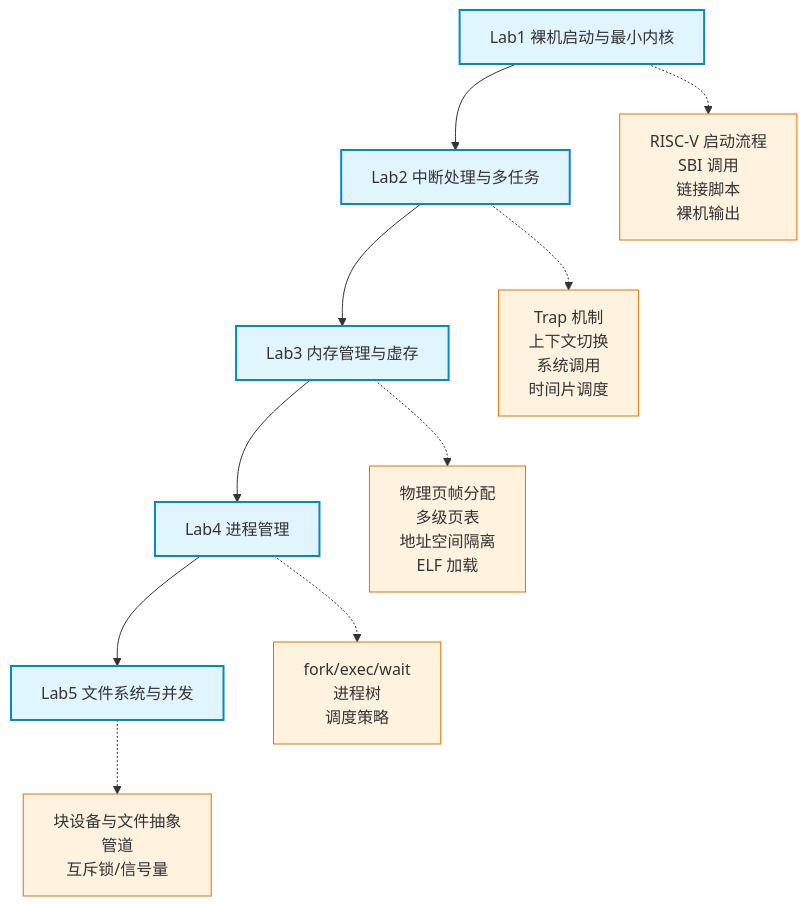
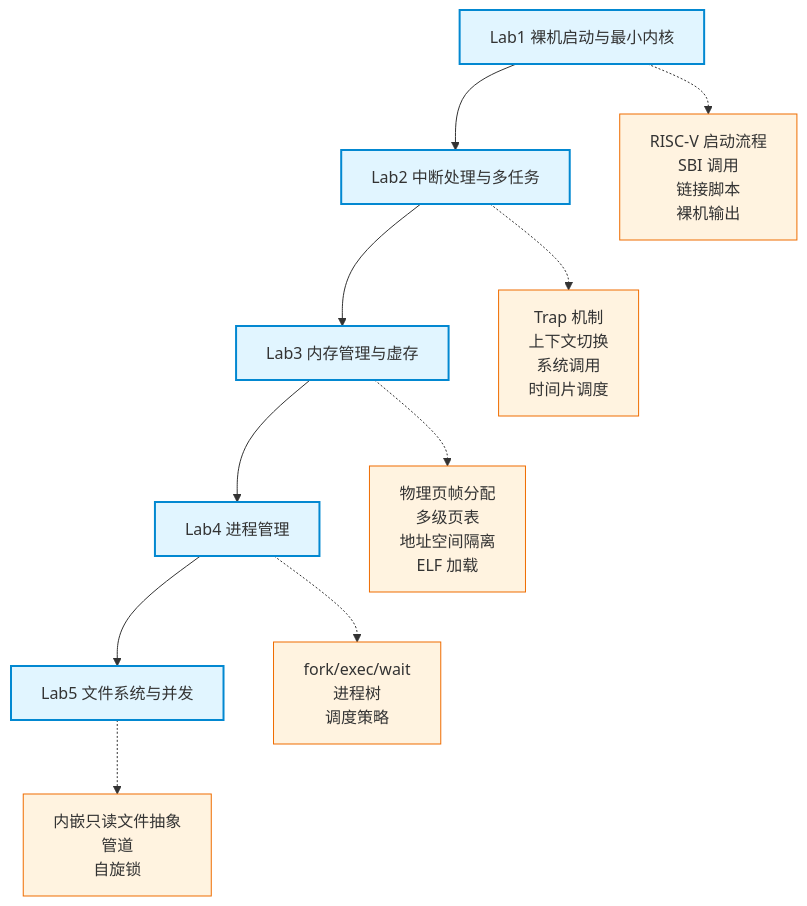
Before and after one commit to AM-SuSh/EVOLVE: the first of 2 diagrams in os-lab/labs/overview.md, drawn with Mermaid. The commit also changed other lines of this file and 13 other files, not shown here.

````diff
--- a/os-lab/labs/overview.md
+++ b/os-lab/labs/overview.md
@@ -34,24 +34,24 @@
 ```mermaid
 graph TD
     Lab1["Lab1 裸机启动与最小内核"]
     Lab2["Lab2 中断处理与多任务"]
     Lab3["Lab3 内存管理与虚存"]
     Lab4["Lab4 进程管理"]
     Lab5["Lab5 文件系统与并发"]
 
     Lab1 --> Lab2
     Lab2 --> Lab3
     Lab3 --> Lab4
     Lab4 --> Lab5
 
     Lab1 -.-> K1["RISC-V 启动流程<br/>SBI 调用<br/>链接脚本<br/>裸机输出"]
     Lab2 -.-> K2["Trap 机制<br/>上下文切换<br/>系统调用<br/>时间片调度"]
     Lab3 -.-> K3["物理页帧分配<br/>多级页表<br/>地址空间隔离<br/>ELF 加载"]
     Lab4 -.-> K4["fork/exec/wait<br/>进程树<br/>调度策略"]
-    Lab5 -.-> K5["块设备与文件抽象<br/>管道<br/>互斥锁/信号量"]
+    Lab5 -.-> K5["内嵌只读文件抽象<br/>管道<br/>自旋锁"]
 
     classDef lab fill:#e1f5ff,stroke:#0288d1,stroke-width:2px;
     classDef knowledge fill:#fff3e0,stroke:#ef6c00,stroke-width:1px;
     class Lab1,Lab2,Lab3,Lab4,Lab5 lab;
     class K1,K2,K3,K4,K5 knowledge;
 ```
````
